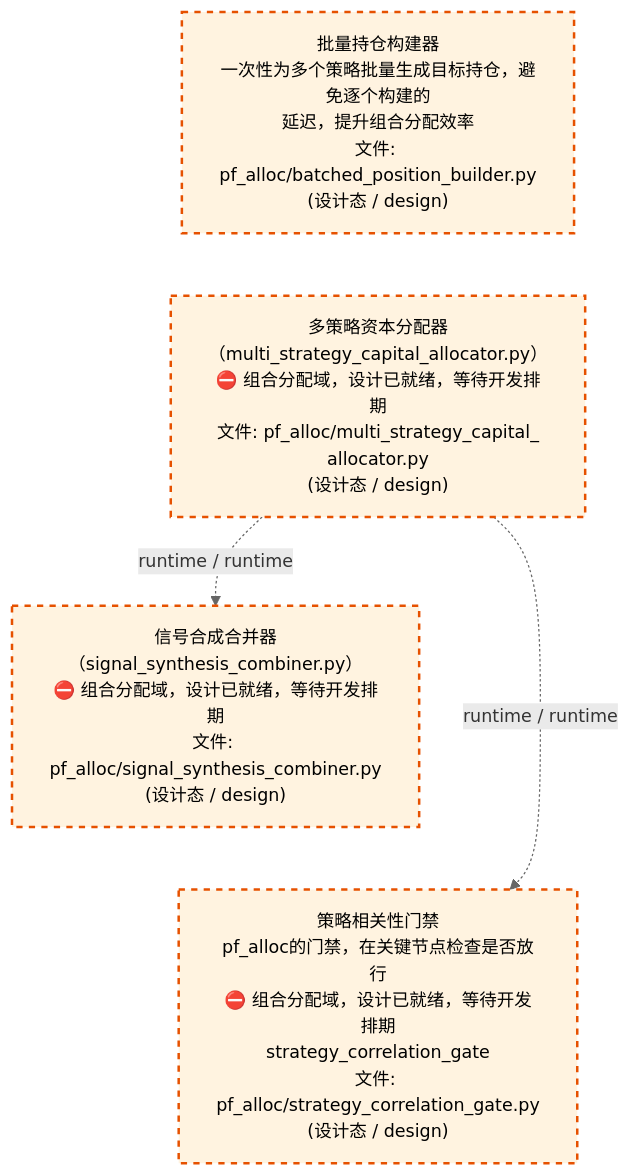
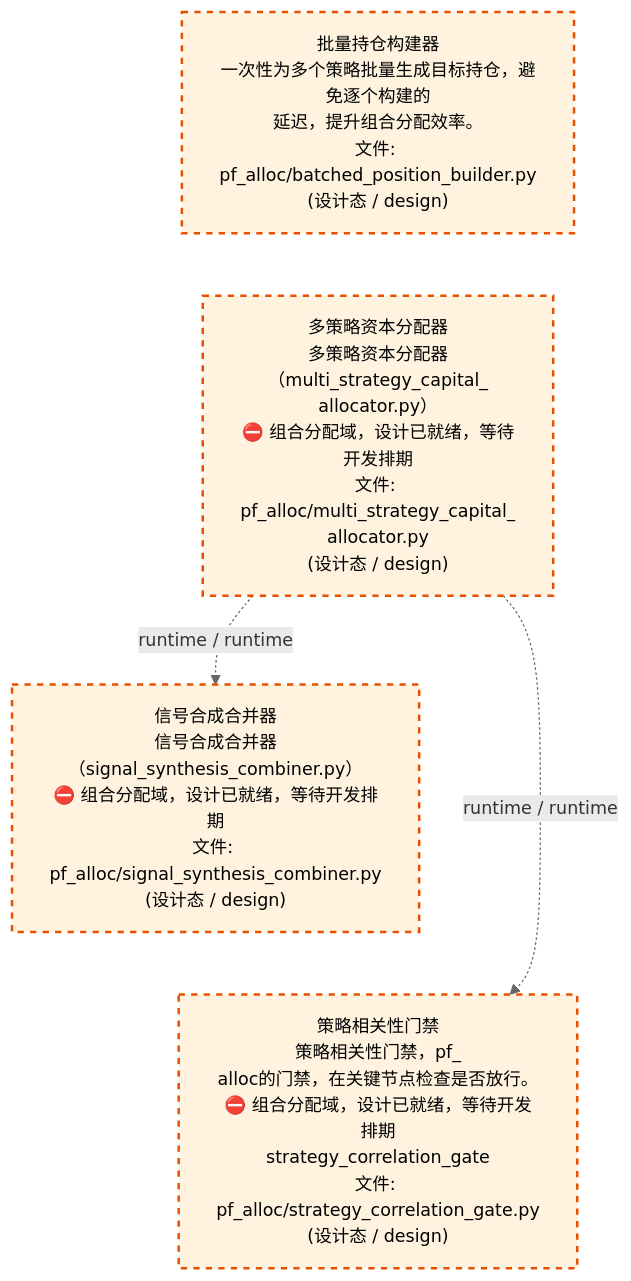
One commit to xuanFelixVan/ZephyrAlpha changed the third of 4 diagrams in docs/02_enterprise_architecture/02_domain_architecture_docs/62_d_pf_alloc.md. Above: the diagram before and after it, drawn with Mermaid. The commit also changed other lines of this file and 61 other files, not shown here.

````diff
--- a/docs/02_enterprise_architecture/02_domain_architecture_docs/62_d_pf_alloc.md
+++ b/docs/02_enterprise_architecture/02_domain_architecture_docs/62_d_pf_alloc.md
@@ -122,17 +122,17 @@
 ```mermaid
 %%{init: {'theme': 'base', 'themeVariables': {'primaryColor': '#eaeaea', 'primaryTextColor': '#333333', 'primaryBorderColor': '#666666', 'lineColor': '#666666', 'secondaryColor': '#eaeaea', 'tertiaryColor': '#eaeaea', 'fontSize': '14px'}}}%%
 flowchart TD
-    src_zephyr_pf_alloc_batched_position_builder_py["批量持仓构建器<br/>一次性为多个策略批量生成目标持仓，避免逐个构建的<br/>延迟，提升组合分配效率<br/>文件: pf_alloc/batched_position_builder.py<br/>(设计态 / design)"]
-    src_zephyr_pf_alloc_multi_strategy_capital_allocator_py["多策略资本分配器<br/>（multi_strategy_capital_allocator.py）<br/>⛔ 组合分配域，设计已就绪，等待开发排期<br/>文件: pf_alloc/multi_strategy_capital_<br/>allocator.py<br/>(设计态 / design)"]
+    src_zephyr_pf_alloc_batched_position_builder_py["批量持仓构建器<br/>一次性为多个策略批量生成目标持仓，避免逐个构建的<br/>延迟，提升组合分配效率。<br/>文件: pf_alloc/batched_position_builder.py<br/>(设计态 / design)"]
+    src_zephyr_pf_alloc_multi_strategy_capital_allocator_py["多策略资本分配器<br/>多策略资本分配器（multi_strategy_capital_<br/>allocator.py）<br/>⛔ 组合分配域，设计已就绪，等待开发排期<br/>文件: pf_alloc/multi_strategy_capital_<br/>allocator.py<br/>(设计态 / design)"]
     src_zephyr_pf_alloc_batched_position_builder_py ~~~ src_zephyr_pf_alloc_multi_strategy_capital_allocator_py
-    src_zephyr_pf_alloc_signal_synthesis_combiner_py["信号合成合并器<br/>（signal_synthesis_combiner.py）<br/>⛔ 组合分配域，设计已就绪，等待开发排期<br/>文件: pf_alloc/signal_synthesis_combiner.py<br/>(设计态 / design)"]
-    src_zephyr_pf_alloc_strategy_correlation_gate_py["策略相关性门禁<br/>pf_alloc的门禁，在关键节点检查是否放行<br/>⛔ 组合分配域，设计已就绪，等待开发排期<br/>strategy_correlation_gate<br/>文件: pf_alloc/strategy_correlation_gate.py<br/>(设计态 / design)"]
+    src_zephyr_pf_alloc_signal_synthesis_combiner_py["信号合成合并器<br/>信号合成合并器（signal_synthesis_combiner.py）<br/>⛔ 组合分配域，设计已就绪，等待开发排期<br/>文件: pf_alloc/signal_synthesis_combiner.py<br/>(设计态 / design)"]
+    src_zephyr_pf_alloc_strategy_correlation_gate_py["策略相关性门禁<br/>策略相关性门禁，pf_<br/>alloc的门禁，在关键节点检查是否放行。<br/>⛔ 组合分配域，设计已就绪，等待开发排期<br/>strategy_correlation_gate<br/>文件: pf_alloc/strategy_correlation_gate.py<br/>(设计态 / design)"]
     src_zephyr_pf_alloc_signal_synthesis_combiner_py ~~~ src_zephyr_pf_alloc_strategy_correlation_gate_py
     src_zephyr_pf_alloc_multi_strategy_capital_allocator_py -.->|runtime / runtime| src_zephyr_pf_alloc_signal_synthesis_combiner_py
     src_zephyr_pf_alloc_multi_strategy_capital_allocator_py -.->|runtime / runtime| src_zephyr_pf_alloc_strategy_correlation_gate_py
     classDef production fill:#e1f5fe,stroke:#01579b,stroke-width:2px,color:#000
     classDef design fill:#fff3e0,stroke:#e65100,stroke-width:2px,color:#000,stroke-dasharray: 5 5
     classDef external_prod fill:#e8f4fd,stroke:#0277bd,stroke-width:1px,color:#000
     classDef external_design fill:#fff8e7,stroke:#ef6c00,stroke-width:1px,color:#000,stroke-dasharray: 5 5
     class src_zephyr_pf_alloc_batched_position_builder_py,src_zephyr_pf_alloc_multi_strategy_capital_allocator_py,src_zephyr_pf_alloc_signal_synthesis_combiner_py,src_zephyr_pf_alloc_strategy_correlation_gate_py design
 ```
````
